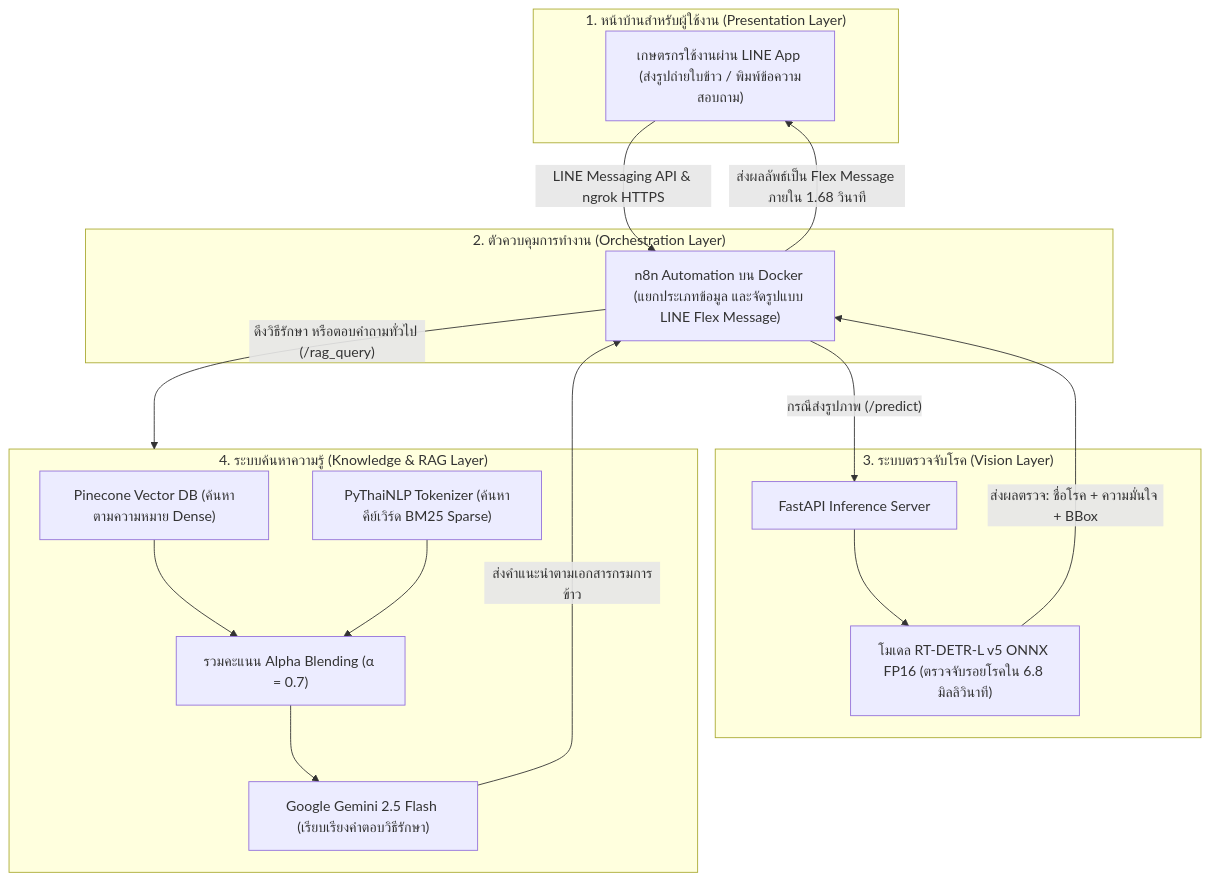
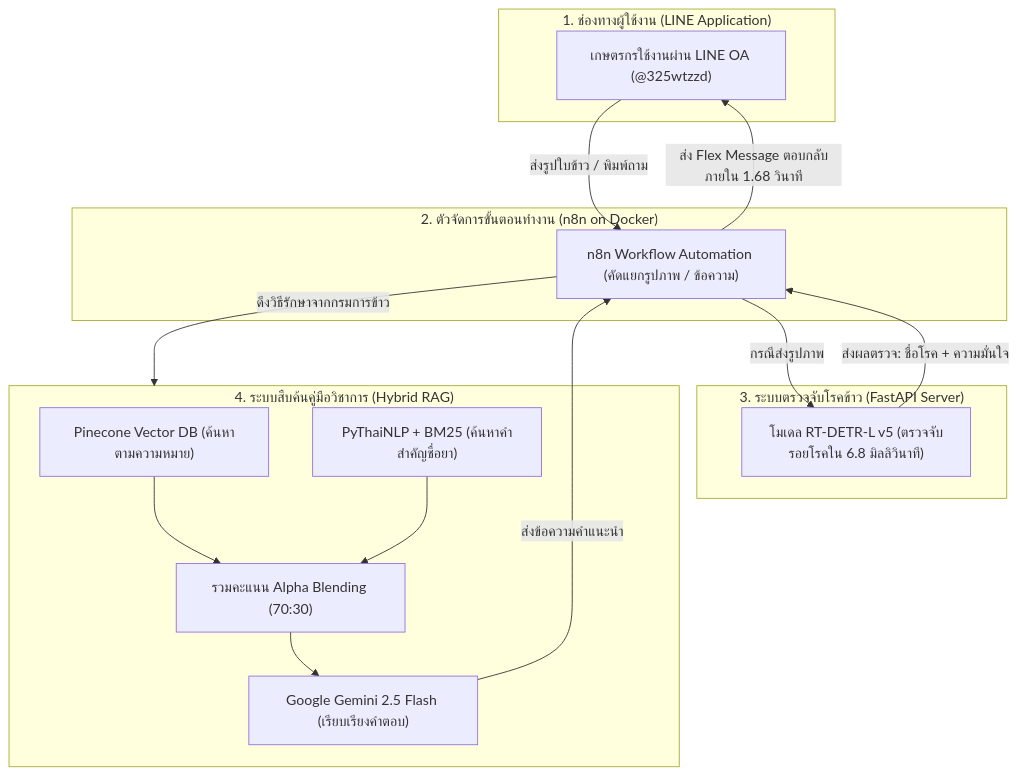
One commit to atsawinkz/atsawin-songleksing changed the diagram in docs/thesis/presentation_slides_deck.md. Above: the diagram before and after it, drawn with Mermaid. The commit also changed other lines of this file and 22 other files, not shown here.

````diff
--- a/docs/thesis/presentation_slides_deck.md
+++ b/docs/thesis/presentation_slides_deck.md
@@ -68,34 +63,32 @@
 ```mermaid
 flowchart TD
-    subgraph T1 ["1. หน้าบ้านสำหรับผู้ใช้งาน (Presentation Layer)"]
-        USER["เกษตรกรใช้งานผ่าน LINE App (ส่งรูปถ่ายใบข้าว / พิมพ์ข้อความสอบถาม)"]
+    subgraph UI ["1. ช่องทางผู้ใช้งาน (LINE Application)"]
+        USER["เกษตรกรใช้งานผ่าน LINE OA (@325wtzzd)"]
     end
 
-    subgraph T2 ["2. ตัวควบคุมการทำงาน (Orchestration Layer)"]
-        N8N["n8n Automation บน Docker (แยกประเภทข้อมูล และจัดรูปแบบ LINE Flex Message)"]
+    subgraph ORCH ["2. ตัวจัดการขั้นตอนทำงาน (n8n on Docker)"]
+        N8N["n8n Workflow Automation (คัดแยกรูปภาพ / ข้อความ)"]
     end
 
-    subgraph T3 ["3. ระบบตรวจจับโรค (Vision Layer)"]
-        FASTAPI["FastAPI Inference Server"]
-        RTDETR["โมเดล RT-DETR-L v5 ONNX FP16 (ตรวจจับรอยโรคใน 6.8 มิลลิวินาที)"]
-        FASTAPI --> RTDETR
+    subgraph VISION ["3. ระบบตรวจจับโรคข้าว (FastAPI Server)"]
+        RTDETR["โมเดล RT-DETR-L v5 (ตรวจจับรอยโรคใน 6.8 มิลลิวินาที)"]
     end
 
-    subgraph T4 ["4. ระบบค้นหาความรู้ (Knowledge & RAG Layer)"]
-        PINECONE["Pinecone Vector DB (ค้นหาตามความหมาย Dense)"]
-        BM25["PyThaiNLP Tokenizer (ค้นหาคีย์เวิร์ด BM25 Sparse)"]
-        FUSION["รวมคะแนน Alpha Blending (α = 0.7)"]
-        LLM["Google Gemini 2.5 Flash (เรียบเรียงคำตอบวิธีรักษา)"]
+    subgraph RAG ["4. ระบบสืบค้นคู่มือวิชาการ (Hybrid RAG)"]
+        PINECONE["Pinecone Vector DB (ค้นหาตามความหมาย)"]
+        BM25["PyThaiNLP + BM25 (ค้นหาคำสำคัญชื่อยา)"]
+        FUSION["รวมคะแนน Alpha Blending (70:30)"]
+        GEMINI["Google Gemini 2.5 Flash (เรียบเรียงคำตอบ)"]
         
         PINECONE --> FUSION
         BM25 --> FUSION
-        FUSION --> LLM
+        FUSION --> GEMINI
     end
 
-    USER -->|"LINE Messaging API & ngrok HTTPS"| N8N
-    N8N -->|"กรณีส่งรูปภาพ (/predict)"| FASTAPI
-    RTDETR -->|"ส่งผลตรวจ: ชื่อโรค + ความมั่นใจ + BBox"| N8N
-    N8N -->|"ดึงวิธีรักษา หรือตอบคำถามทั่วไป (/rag_query)"| T4
-    LLM -->|"ส่งคำแนะนำตามเอกสารกรมการข้าว"| N8N
-    N8N -->|"ส่งผลลัพธ์เป็น Flex Message ภายใน 1.68 วินาที"| USER
+    USER -->|"ส่งรูปใบข้าว / พิมพ์ถาม"| N8N
+    N8N -->|"กรณีส่งรูปภาพ"| RTDETR
+    RTDETR -->|"ส่งผลตรวจ: ชื่อโรค + ความมั่นใจ"| N8N
+    N8N -->|"ดึงวิธีรักษาจากกรมการข้าว"| RAG
+    GEMINI -->|"ส่งข้อความคำแนะนำ"| N8N
+    N8N -->|"ส่ง Flex Message ตอบกลับภายใน 1.68 วินาที"| USER
 ```
````
